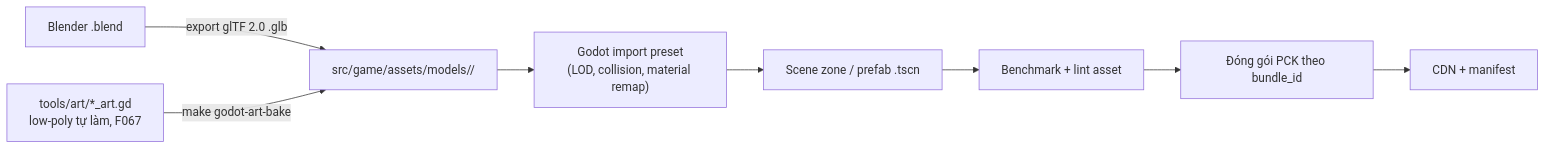
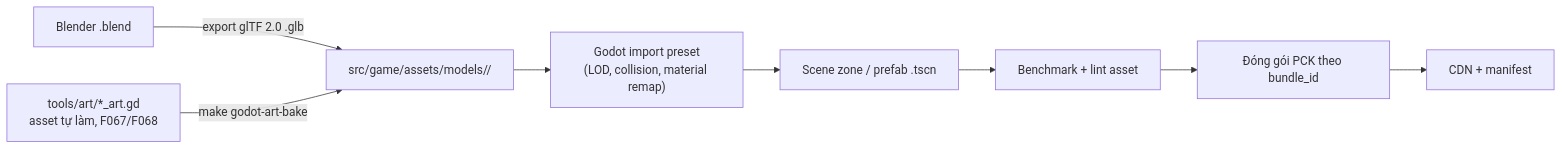
The second of 2 diagrams in docs/08-game-client/WORLD_RENDERING.md (tanguyen2020/eduworld-platform), drawn with Mermaid before and after one commit. The commit also changed other lines of this file and 9 other files, not shown here.

First line of the commit message:
docs(adr): ADR-0103 art direction "Chibi anime cartoon 3D" replaces stylized low-poly

````diff
--- a/docs/08-game-client/WORLD_RENDERING.md
+++ b/docs/08-game-client/WORLD_RENDERING.md
@@ -132,10 +132,10 @@
 ```mermaid
 flowchart LR
   A[Blender .blend] -->|export glTF 2.0 .glb| B["src/game/assets/models/<category>/"]
-  P["tools/art/*_art.gd<br/>low-poly tự làm, F067"] -->|make godot-art-bake| B
+  P["tools/art/*_art.gd<br/>asset tự làm, F067/F068"] -->|make godot-art-bake| B
   B --> C["Godot import preset\n(LOD, collision, material remap)"]
   C --> D[Scene zone / prefab .tscn]
   D --> E[Benchmark + lint asset]
   E --> F[Đóng gói PCK theo bundle_id]
   F --> G[CDN + manifest]
 ```
````
